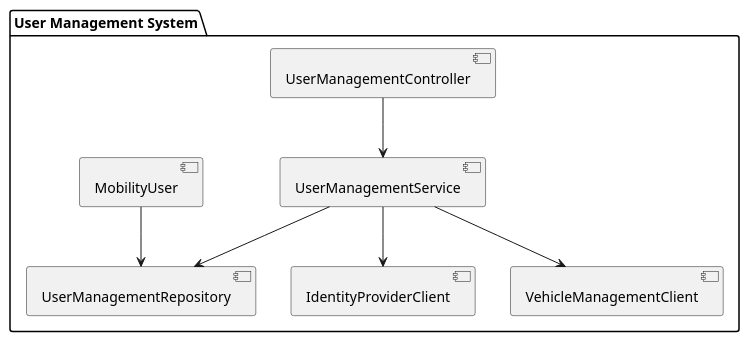
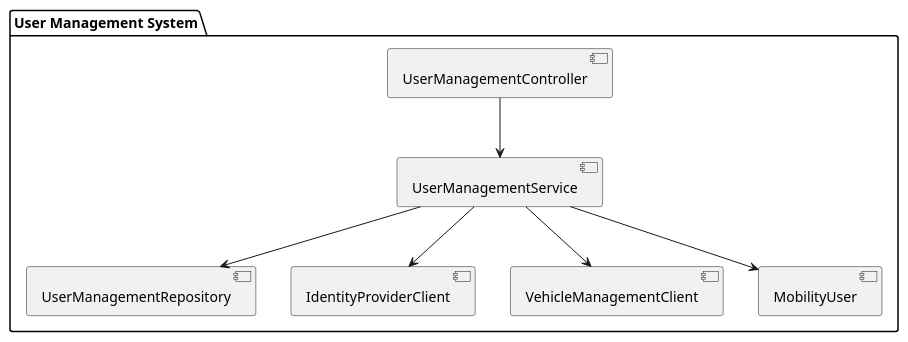
One commit to Dinesh-s95/AutoDoc.ai changed the diagram in usermanagement/documentation/architecturedesign.adoc. Above: the diagram before and after it, drawn with PlantUML. The commit also changed other lines of this file and 16 other files, not shown here.

```diff
--- a/usermanagement/documentation/architecturedesign.adoc
+++ b/usermanagement/documentation/architecturedesign.adoc
@@ -7,19 +7,19 @@
-[plantuml, system_architecture]
+[plantuml, system-architecture-diagram, svg]
 ----
 @startuml
 package "User Management System" {
   [UserManagementController]
   [UserManagementService]
   [UserManagementRepository]
   [IdentityProviderClient]
   [VehicleManagementClient]
   [MobilityUser]
 
   [UserManagementController] --> [UserManagementService]
   [UserManagementService] --> [UserManagementRepository]
   [UserManagementService] --> [IdentityProviderClient]
   [UserManagementService] --> [VehicleManagementClient]
-  [MobilityUser] --> [UserManagementRepository]
+  [UserManagementService] --> [MobilityUser]
 }
 @enduml
 ----
```
